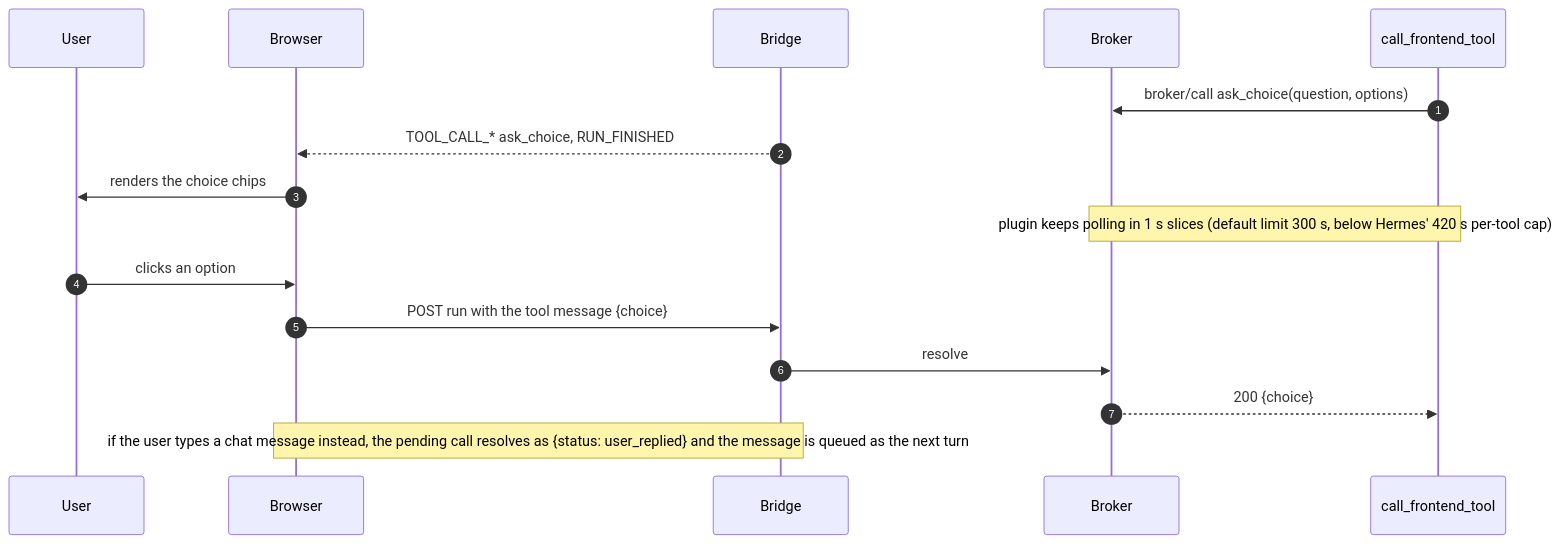
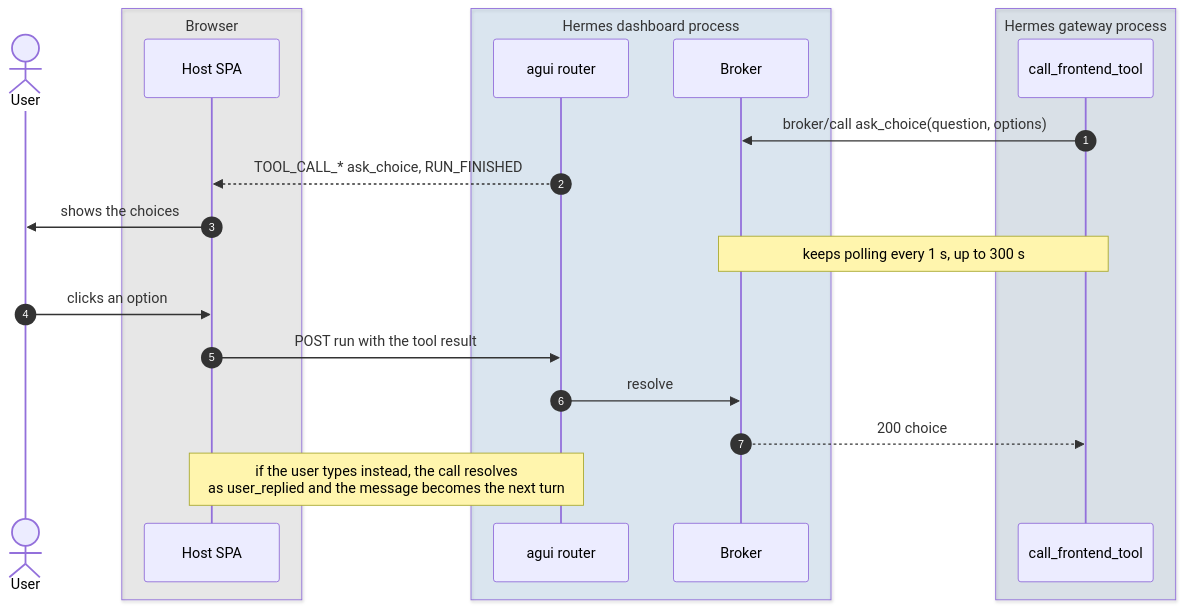
The sixth of 9 diagrams in ARCHITECTURE.md (ejlevin1/hermes-agui), drawn with Mermaid before and after one commit. The commit also changed other lines of this file, not shown here.

Commit message:
docs: readable architecture diagrams (C4 as flowcharts with runtime kinds, consistent names, process boxes in sequences)

````diff
--- a/ARCHITECTURE.md
+++ b/ARCHITECTURE.md
@@ -190,19 +252,25 @@
 ```mermaid
 sequenceDiagram
   autonumber
-  participant U as User
-  participant B as Browser
-  participant R as Bridge
-  participant K as Broker
-  participant P as call_frontend_tool
+  actor U as User
+  box rgba(120,120,120,0.12) Browser
+    participant SPA as Host SPA
+  end
+  box rgba(17,104,189,0.12) Hermes dashboard process
+    participant RT as agui router
+    participant BR as Broker
+  end
+  box rgba(8,66,123,0.12) Hermes gateway process
+    participant FT as call_frontend_tool
+  end
 
-  P->>K: broker/call ask_choice(question, options)
-  R-->>B: TOOL_CALL_* ask_choice, RUN_FINISHED
-  B->>U: renders the choice chips
-  Note over P,K: plugin keeps polling in 1 s slices (default limit 300 s, below Hermes' 420 s per-tool cap)
-  U->>B: clicks an option
-  B->>R: POST run with the tool message {choice}
-  R->>K: resolve
-  K-->>P: 200 {choice}
-  Note over B,R: if the user types a chat message instead, the pending call resolves as {status: user_replied} and the message is queued as the next turn
+  FT->>BR: broker/call ask_choice(question, options)
+  RT-->>SPA: TOOL_CALL_* ask_choice, RUN_FINISHED
+  SPA->>U: shows the choices
+  Note over FT,BR: keeps polling every 1 s, up to 300 s
+  U->>SPA: clicks an option
+  SPA->>RT: POST run with the tool result
+  RT->>BR: resolve
+  BR-->>FT: 200 choice
+  Note over SPA,RT: if the user types instead, the call resolves<br/>as user_replied and the message becomes the next turn
 ```
````
